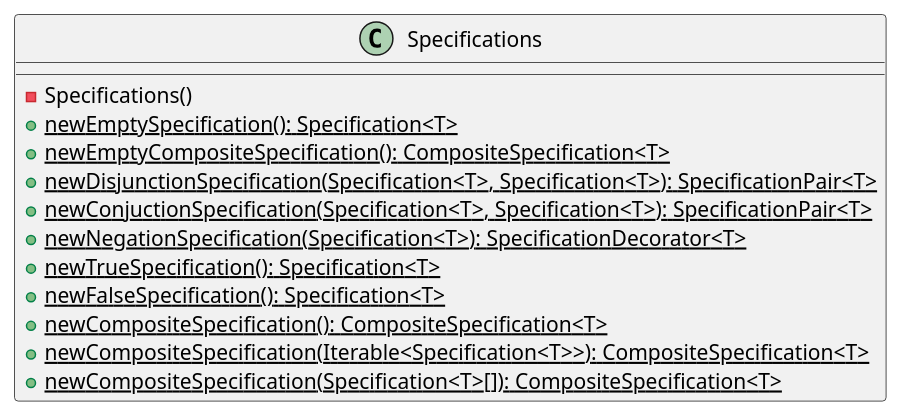
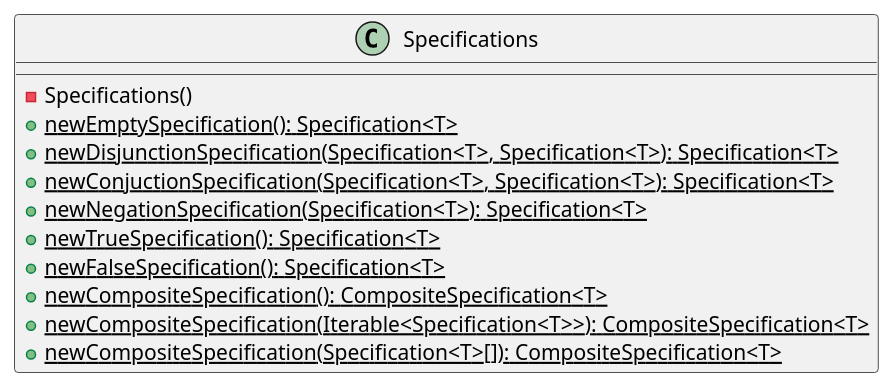
One commit to P-Kalin/kit26a changed the diagram in malokhvii-eduard/malokhvii05/doc/plantuml/ua/khpi/oop/malokhvii05/common/specification/Specifications.puml. Above: the diagram before and after it, drawn with PlantUML. The commit also changed 53 other files, not shown here.

Commit message:
#3, #9 malokhvii05: update graphs

```diff
--- a/malokhvii-eduard/malokhvii05/doc/plantuml/ua/khpi/oop/malokhvii05/common/specification/Specifications.puml
+++ b/malokhvii-eduard/malokhvii05/doc/plantuml/ua/khpi/oop/malokhvii05/common/specification/Specifications.puml
@@ -1,17 +1,16 @@
 @startuml
 
     class Specifications {
         -Specifications()
         {static} +newEmptySpecification(): Specification<T>
-        {static} +newEmptyCompositeSpecification(): CompositeSpecification<T>
-        {static} +newDisjunctionSpecification(Specification<T>, Specification<T>): SpecificationPair<T>
-        {static} +newConjuctionSpecification(Specification<T>, Specification<T>): SpecificationPair<T>
-        {static} +newNegationSpecification(Specification<T>): SpecificationDecorator<T>
+        {static} +newDisjunctionSpecification(Specification<T>, Specification<T>): Specification<T>
+        {static} +newConjuctionSpecification(Specification<T>, Specification<T>): Specification<T>
+        {static} +newNegationSpecification(Specification<T>): Specification<T>
         {static} +newTrueSpecification(): Specification<T>
         {static} +newFalseSpecification(): Specification<T>
         {static} +newCompositeSpecification(): CompositeSpecification<T>
         {static} +newCompositeSpecification(Iterable<Specification<T>>): CompositeSpecification<T>
         {static} +newCompositeSpecification(Specification<T>[]): CompositeSpecification<T>
     }
 
 @enduml
```
